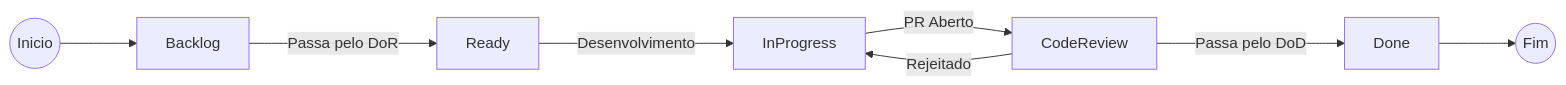
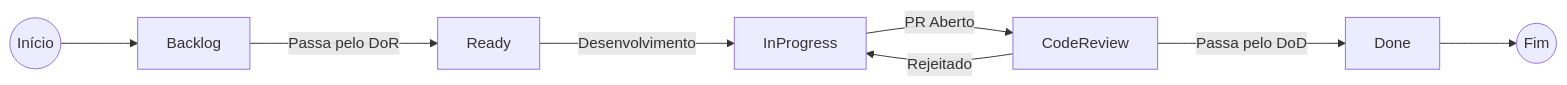
One commit to pedrohpsantos/EdTech changed the diagram in docs/planejamento/dor_dod.md. Above: the diagram before and after it, drawn with Mermaid. The commit also changed 21 other files, not shown here.

Commit message:
docs: scaffold project documentation, architecture design, and CI/CD infrastructure.

````diff
--- a/docs/planejamento/dor_dod.md
+++ b/docs/planejamento/dor_dod.md
@@ -5,11 +5,11 @@
 ```mermaid
 flowchart LR
     %%{init: {"flowchart": {"nodeSpacing": 60, "rankSpacing": 80}}}%%
-    Start((Inicio)) --> B["Backlog"]
+    Start((Início)) --> B["Backlog"]
     B -->|Passa pelo DoR| R["Ready"]
     R -->|Desenvolvimento| IP["InProgress"]
     IP -->|PR Aberto| CR["CodeReview"]
     CR -->|Rejeitado| IP
     CR -->|Passa pelo DoD| D["Done"]
     D --> End((Fim))
 ```
````
